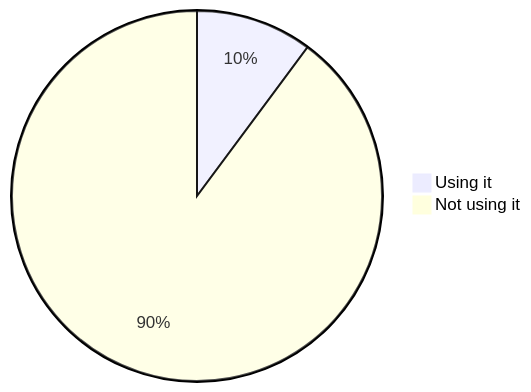
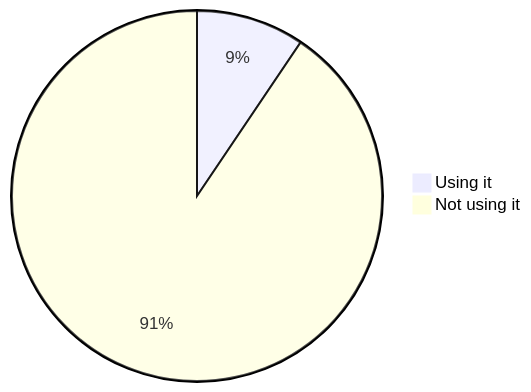
The sixth of 18 diagrams in stats.md (oshp/oshp-stats), drawn with Mermaid before and after one commit. The commit also changed other lines of this file and 1 other file, not shown here.

````diff
--- a/stats.md
+++ b/stats.md
@@ -68,6 +68,6 @@
 ```mermaid
 pie
-	"Using it" : 10.17
-	"Not using it" : 89.83
+	"Using it" : 9.44
+	"Not using it" : 90.56
 
 ```
````
